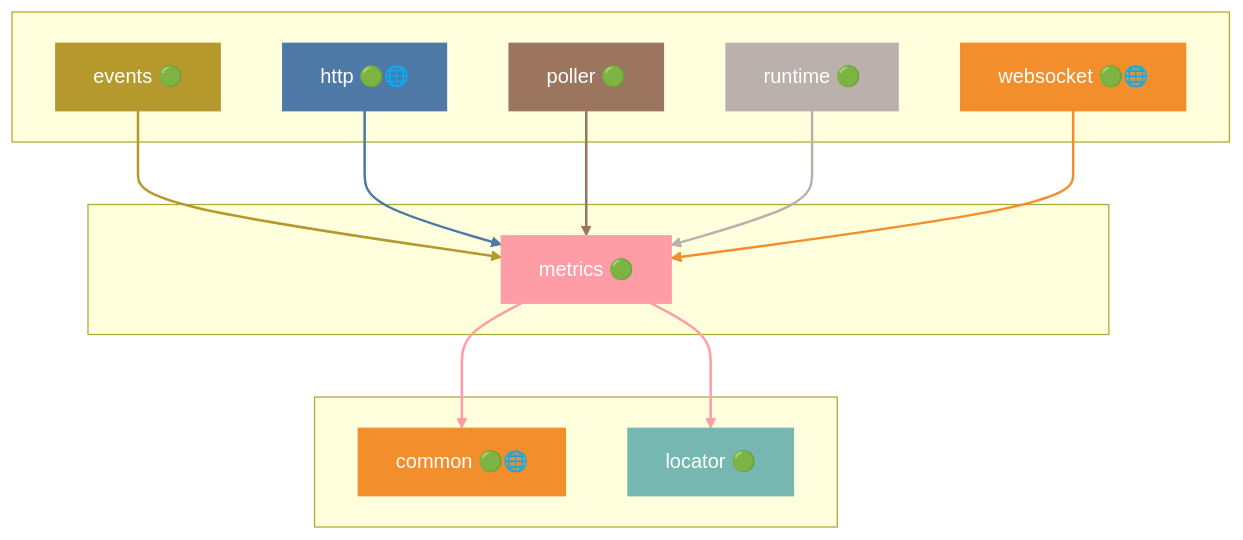
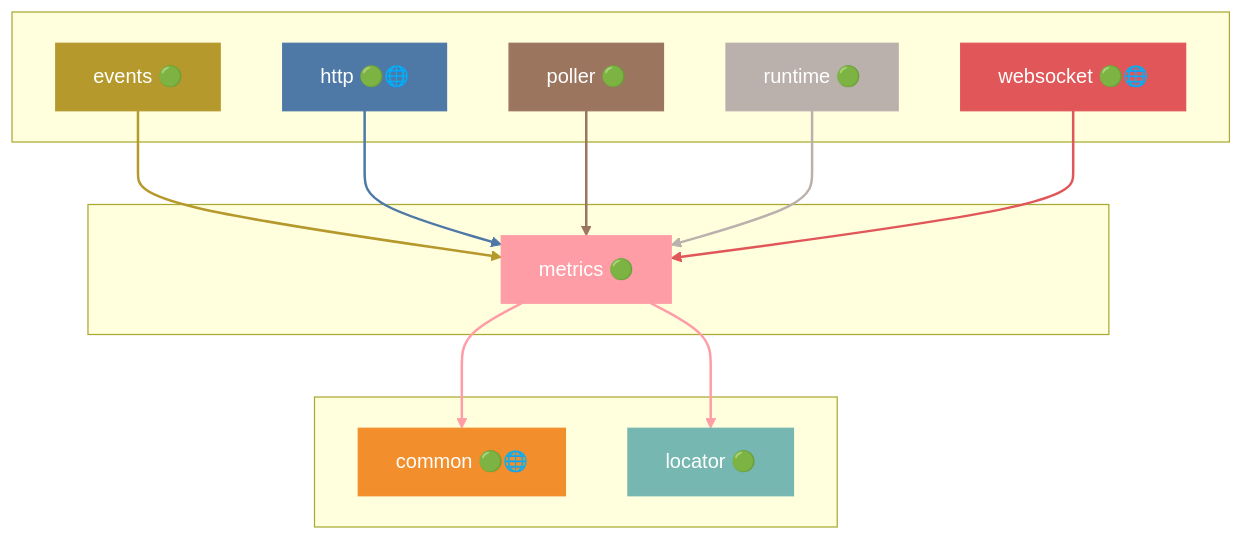
One commit to grest-ts/grest-ts changed diagram 27 of 41 in docs/DEPENDENCIES.md. Above: the diagram before and after it, drawn with Mermaid. The commit also changed other lines of this file and 31 other files, not shown here.

````diff
--- a/docs/DEPENDENCIES.md
+++ b/docs/DEPENDENCIES.md
@@ -1339,39 +1341,39 @@
 ```mermaid
 flowchart TB
     subgraph Dependents[" "]
         events["events 🟢"]
         http["http 🟢🌐"]
         poller["poller 🟢"]
         runtime["runtime 🟢"]
         websocket["websocket 🟢🌐"]
     end
     subgraph Package[" "]
         metrics["metrics 🟢"]
     end
     subgraph Dependencies[" "]
         common["common 🟢🌐"]
         locator["locator 🟢"]
     end
     events --> metrics
     http --> metrics
     poller --> metrics
     runtime --> metrics
     websocket --> metrics
     metrics --> common
     metrics --> locator
     style metrics fill:#FF9DA7,stroke:#FF9DA7,color:#fff
     style events fill:#B6992D,stroke:#B6992D,color:#fff
     style http fill:#4E79A7,stroke:#4E79A7,color:#fff
     style poller fill:#9C755F,stroke:#9C755F,color:#fff
     style runtime fill:#BAB0AC,stroke:#BAB0AC,color:#fff
-    style websocket fill:#F28E2B,stroke:#F28E2B,color:#fff
+    style websocket fill:#E15759,stroke:#E15759,color:#fff
     style common fill:#F28E2B,stroke:#F28E2B,color:#fff
     style locator fill:#76B7B2,stroke:#76B7B2,color:#fff
     linkStyle 0 stroke:#B6992D,stroke-width:2px
     linkStyle 1 stroke:#4E79A7,stroke-width:2px
     linkStyle 2 stroke:#9C755F,stroke-width:2px
     linkStyle 3 stroke:#BAB0AC,stroke-width:2px
-    linkStyle 4 stroke:#F28E2B,stroke-width:2px
+    linkStyle 4 stroke:#E15759,stroke-width:2px
     linkStyle 5 stroke:#FF9DA7,stroke-width:2px
     linkStyle 6 stroke:#FF9DA7,stroke-width:2px
 ```
````
